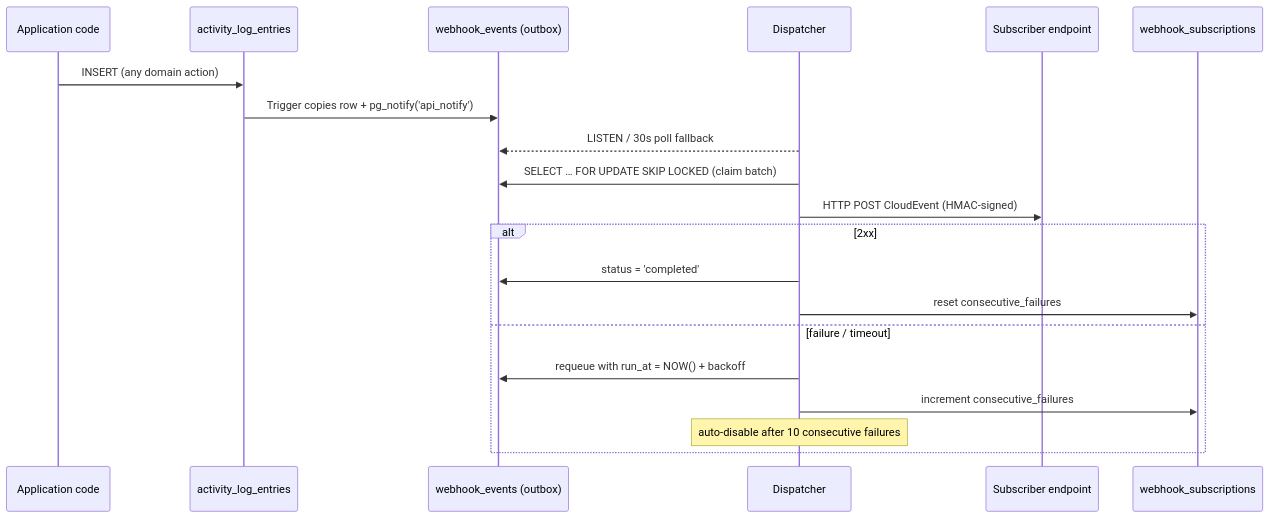
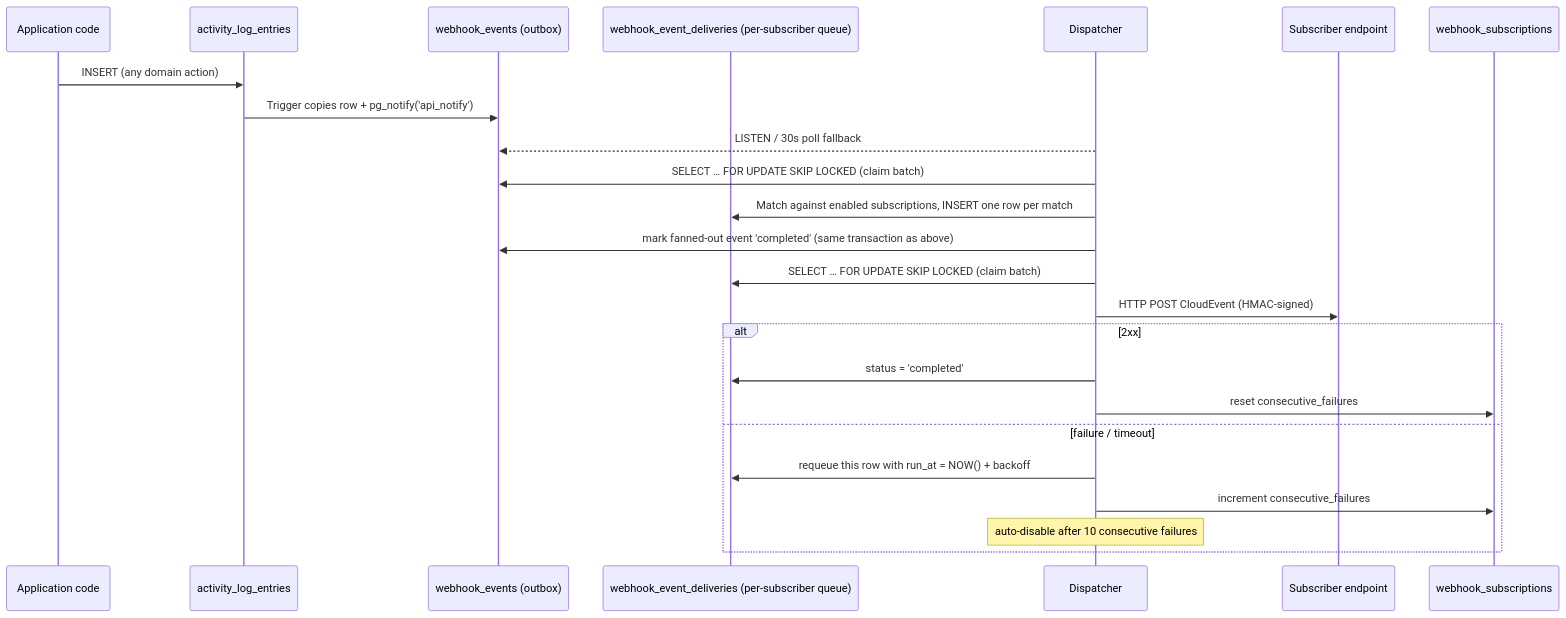
The diagram in internal/activitylog/webhook/README.md (nais/api), drawn with Mermaid before and after one commit. The commit also changed other lines of this file and 12 other files, not shown here.

````diff
--- a/internal/activitylog/webhook/README.md
+++ b/internal/activitylog/webhook/README.md
@@ -9,22 +12,26 @@
 ```mermaid
 sequenceDiagram
     participant App as Application code
     participant AL as activity_log_entries
     participant WE as webhook_events (outbox)
+    participant ED as webhook_event_deliveries (per-subscriber queue)
     participant D as Dispatcher
     participant Sub as Subscriber endpoint
 
     App->>AL: INSERT (any domain action)
     AL->>WE: Trigger copies row + pg_notify('api_notify')
     D-->>WE: LISTEN / 30s poll fallback
     D->>WE: SELECT … FOR UPDATE SKIP LOCKED (claim batch)
+    D->>ED: Match against enabled subscriptions, INSERT one row per match
+    D->>WE: mark fanned-out event 'completed' (same transaction as above)
+    D->>ED: SELECT … FOR UPDATE SKIP LOCKED (claim batch)
     D->>Sub: HTTP POST CloudEvent (HMAC-signed)
     alt 2xx
-        D->>WE: status = 'completed'
+        D->>ED: status = 'completed'
         D->>webhook_subscriptions: reset consecutive_failures
     else failure / timeout
-        D->>WE: requeue with run_at = NOW() + backoff
+        D->>ED: requeue this row with run_at = NOW() + backoff
         D->>webhook_subscriptions: increment consecutive_failures
         note over D: auto-disable after 10 consecutive failures
     end
 ```
````
